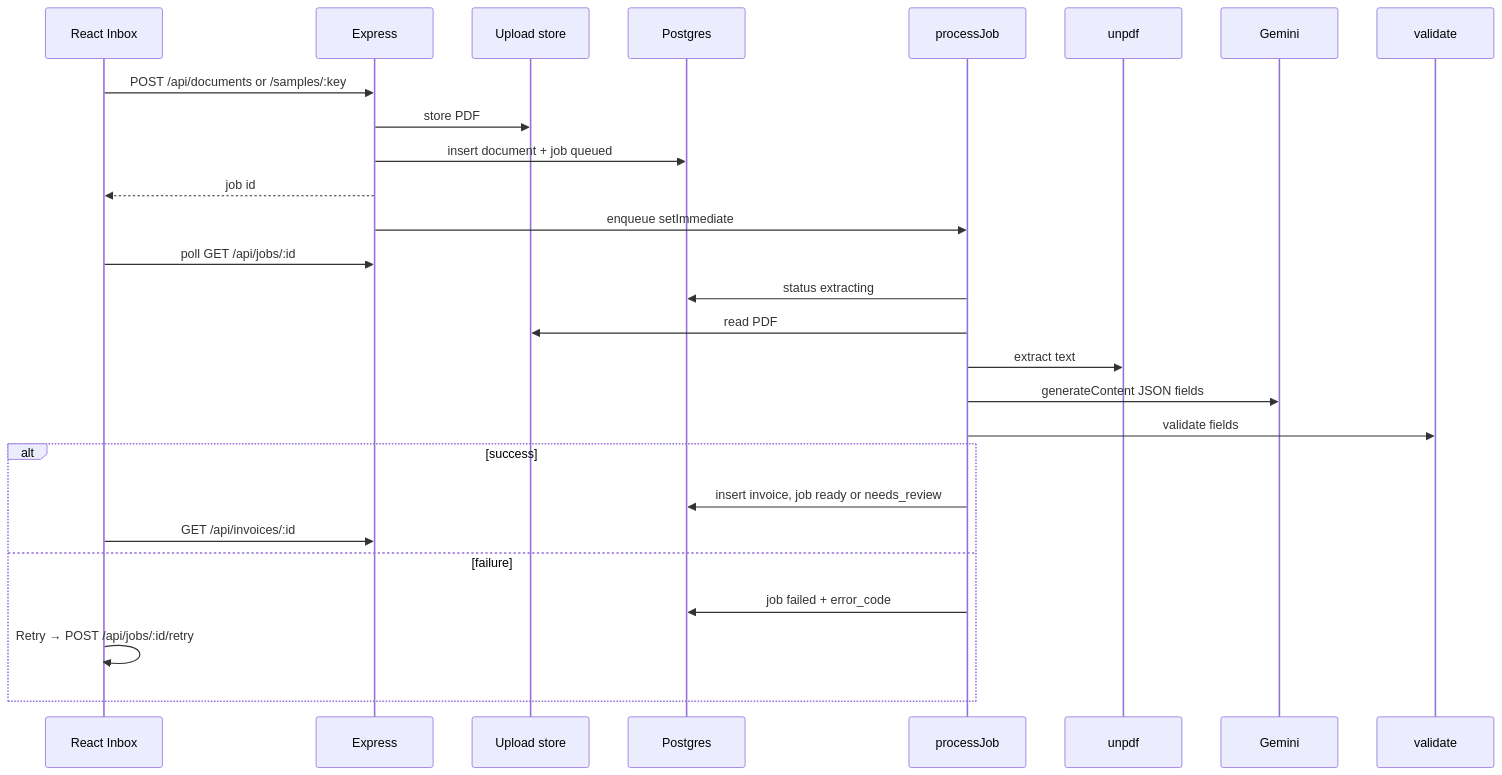
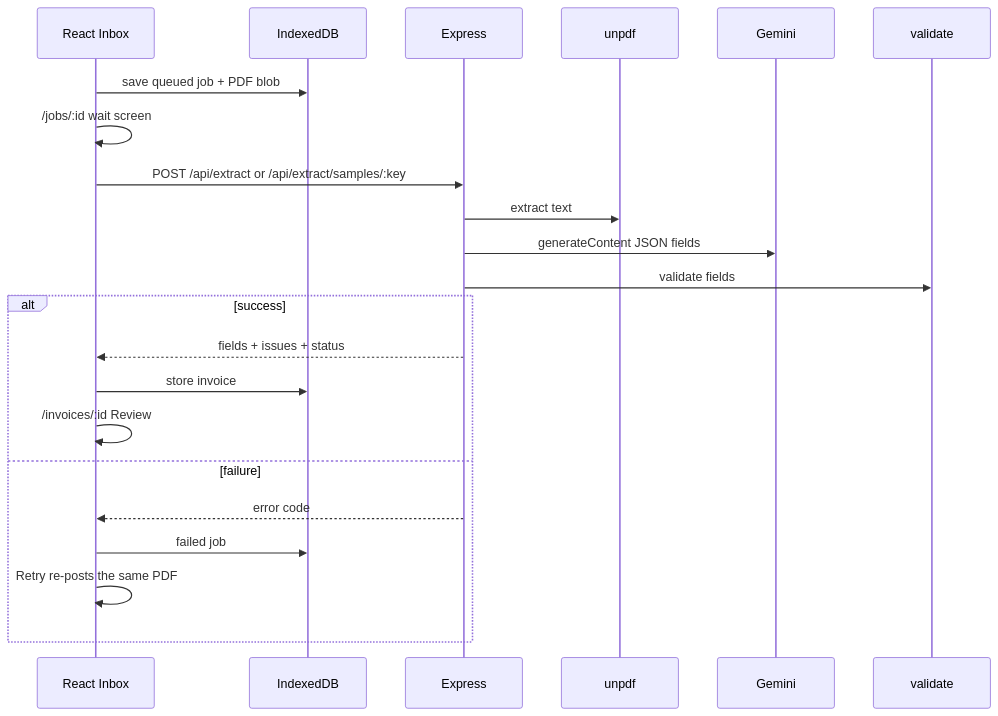
One commit to MoShahan/ledger-lens changed the fourth of 4 diagrams in ARCHITECTURE.md. Above: the diagram before and after it, drawn with Mermaid. The commit also changed other lines of this file and 31 other files, not shown here.

````diff
--- a/ARCHITECTURE.md
+++ b/ARCHITECTURE.md
@@ -98,31 +93,25 @@
 ```mermaid
 sequenceDiagram
   participant UI as React Inbox
+  participant IDB as IndexedDB
   participant API as Express
-  participant FS as Upload store
-  participant DB as Postgres
-  participant Job as processJob
   participant PDF as unpdf
   participant AI as Gemini
   participant Val as validate
 
-  UI->>API: POST /api/documents or /samples/:key
-  API->>FS: store PDF
-  API->>DB: insert document + job queued
-  API-->>UI: job id
-  API->>Job: enqueue setImmediate
-  UI->>API: poll GET /api/jobs/:id
-
-  Job->>DB: status extracting
-  Job->>FS: read PDF
-  Job->>PDF: extract text
-  Job->>AI: generateContent JSON fields
-  Job->>Val: validate fields
+  UI->>IDB: save queued job + PDF blob
+  UI->>UI: /jobs/:id wait screen
+  UI->>API: POST /api/extract or /api/extract/samples/:key
+  API->>PDF: extract text
+  API->>AI: generateContent JSON fields
+  API->>Val: validate fields
   alt success
-    Job->>DB: insert invoice, job ready or needs_review
-    UI->>API: GET /api/invoices/:id
+    API-->>UI: fields + issues + status
+    UI->>IDB: store invoice
+    UI->>UI: /invoices/:id Review
   else failure
-    Job->>DB: job failed + error_code
-    UI->>UI: Retry → POST /api/jobs/:id/retry
+    API-->>UI: error code
+    UI->>IDB: failed job
+    UI->>UI: Retry re-posts the same PDF
   end
 ```
````
